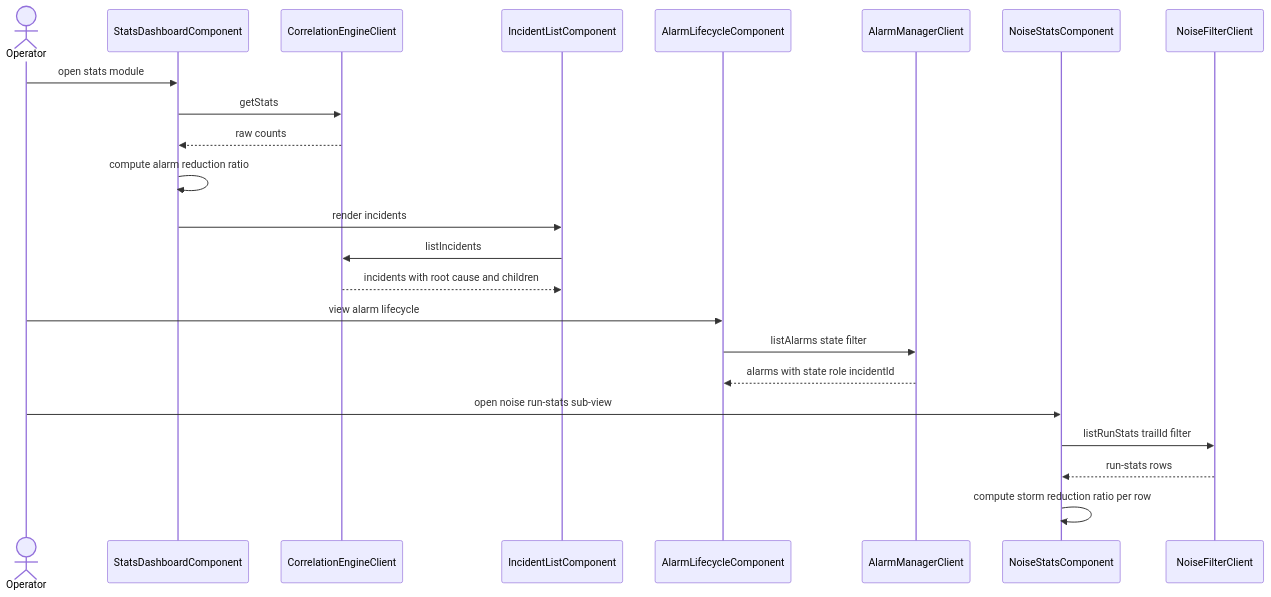
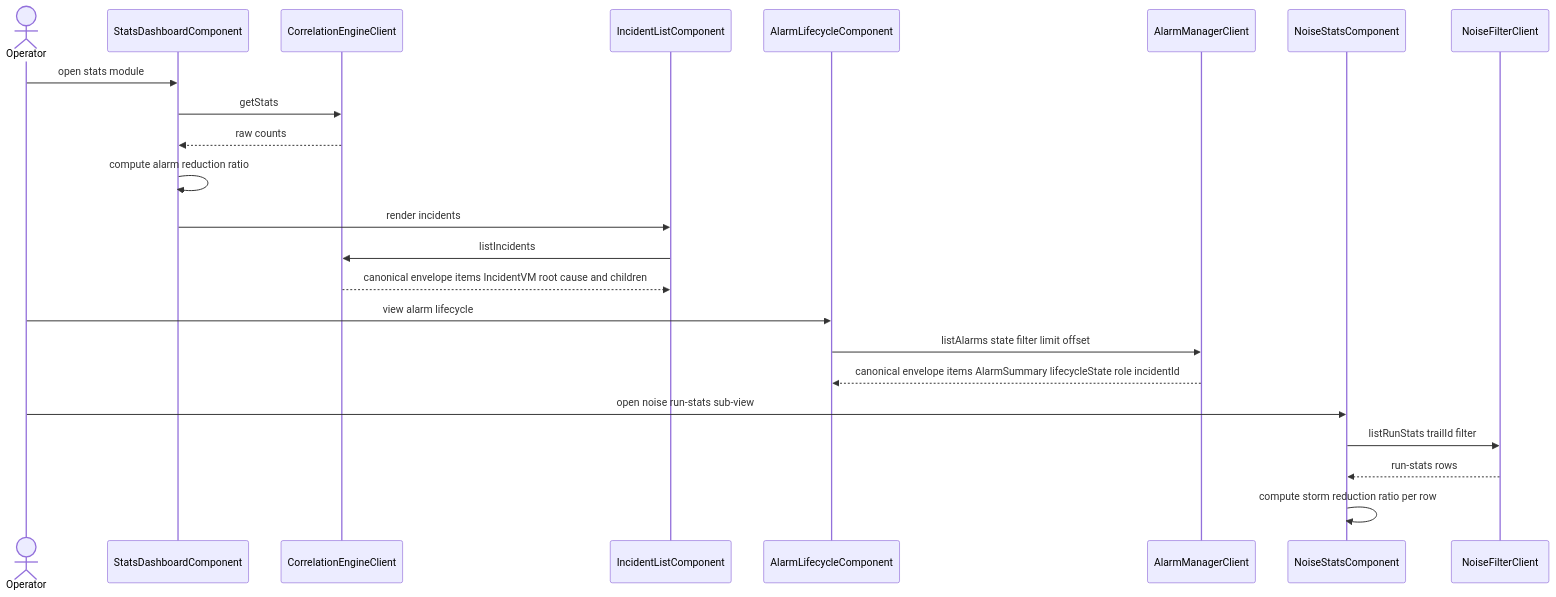
Diagram 11 of 13 in services/web-ui/design.md (nikhilmohan/correlation-platform), drawn with Mermaid before and after one commit. The commit also changed other lines of this file and 20 other files, not shown here.

````diff
--- a/services/web-ui/design.md
+++ b/services/web-ui/design.md
@@ -656,25 +883,25 @@
 ```mermaid
 sequenceDiagram
   actor Operator
   participant Dash as StatsDashboardComponent
   participant CEC as CorrelationEngineClient
   participant Inc as IncidentListComponent
   participant ALC as AlarmLifecycleComponent
   participant AMC as AlarmManagerClient
   participant NS as NoiseStatsComponent
   participant NFC as NoiseFilterClient
   Operator->>Dash: open stats module
   Dash->>CEC: getStats
   CEC-->>Dash: raw counts
   Dash->>Dash: compute alarm reduction ratio
   Dash->>Inc: render incidents
   Inc->>CEC: listIncidents
-  CEC-->>Inc: incidents with root cause and children
+  CEC-->>Inc: canonical envelope items IncidentVM root cause and children
   Operator->>ALC: view alarm lifecycle
-  ALC->>AMC: listAlarms state filter
-  AMC-->>ALC: alarms with state role incidentId
+  ALC->>AMC: listAlarms state filter limit offset
+  AMC-->>ALC: canonical envelope items AlarmSummary lifecycleState role incidentId
   Operator->>NS: open noise run-stats sub-view
   NS->>NFC: listRunStats trailId filter
   NFC-->>NS: run-stats rows
   NS->>NS: compute storm reduction ratio per row
 ```
````
